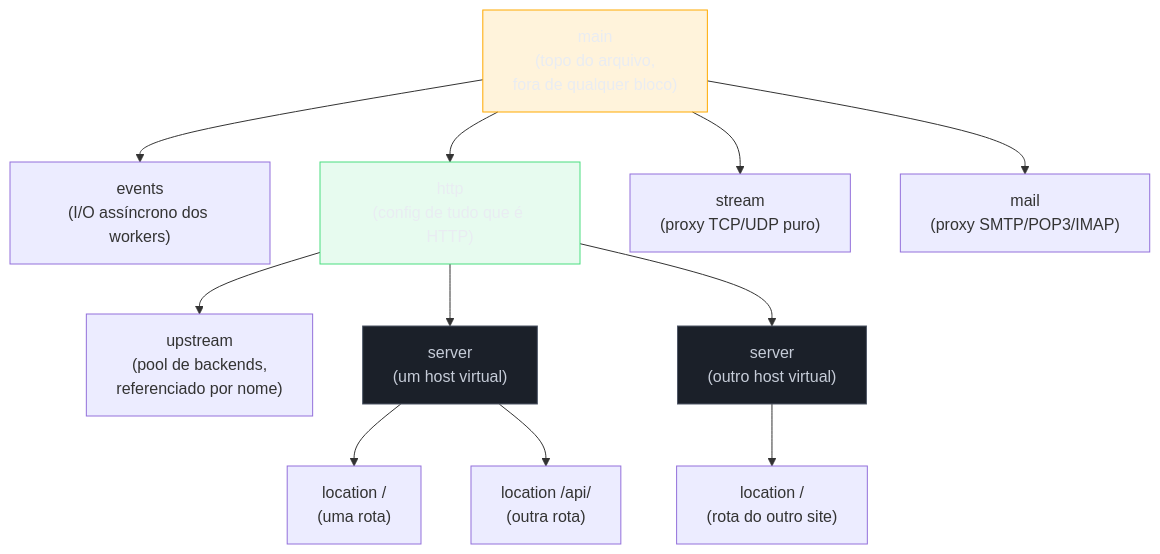
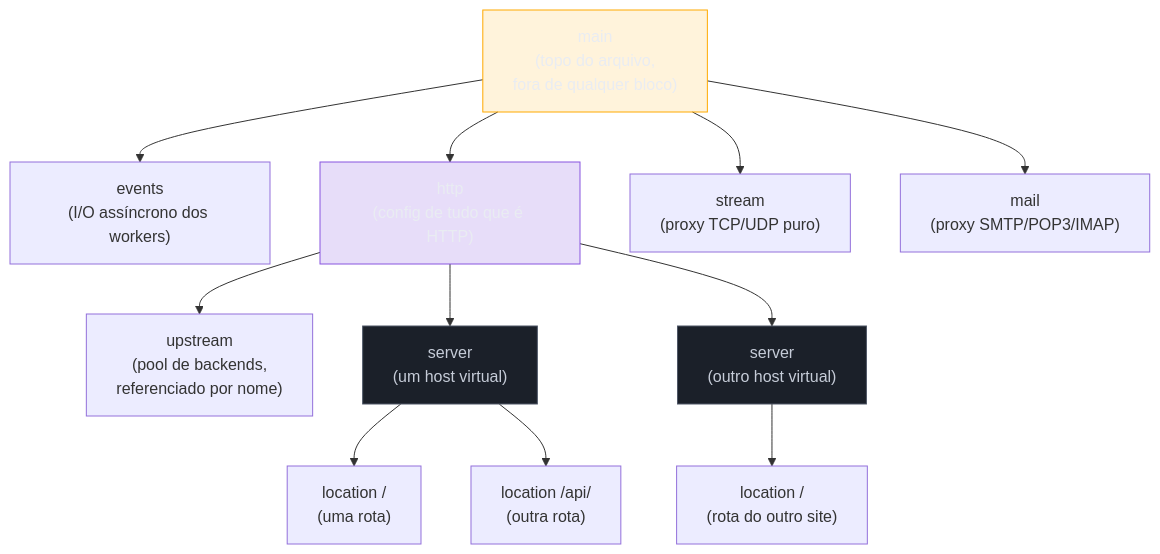
Before and after one commit to josenaldo/codex-technomanticus: the first of 2 diagrams in 03-Dominios/Tecnologia/Infraestrutura/Nginx/02 - A estrutura da configuração.md, drawn with Mermaid. The commit also changed other lines of this file and 601 other files, not shown here.

````diff
--- a/03-Dominios/Tecnologia/Infraestrutura/Nginx/02 - A estrutura da configuração.md
+++ b/03-Dominios/Tecnologia/Infraestrutura/Nginx/02 - A estrutura da configuração.md
@@ -30,24 +30,24 @@
 ```mermaid
 graph TB
+    classDef marca fill:#8855DF33,stroke:#8855DF,color:#E9ECF2
     classDef destaque fill:#FFAA0024,stroke:#FFAA00,color:#E9ECF2
-    classDef ok fill:#4ADE8021,stroke:#4ADE80,color:#E9ECF2
     classDef neutro fill:#1B2029,stroke:#4E5666,color:#C6CCD8
     Main["main<br/>(topo do arquivo,<br/>fora de qualquer bloco)"]
     Main --> Events["events<br/>(I/O assíncrono dos workers)"]
     Main --> Http["http<br/>(config de tudo que é HTTP)"]
     Main --> Stream["stream<br/>(proxy TCP/UDP puro)"]
     Main --> Mail["mail<br/>(proxy SMTP/POP3/IMAP)"]
 
     Http --> Upstream["upstream<br/>(pool de backends,<br/>referenciado por nome)"]
     Http --> Server1["server<br/>(um host virtual)"]
     Http --> Server2["server<br/>(outro host virtual)"]
 
     Server1 --> Loc1["location /<br/>(uma rota)"]
     Server1 --> Loc2["location /api/<br/>(outra rota)"]
     Server2 --> Loc3["location /<br/>(rota do outro site)"]
 
     class Main destaque
-    class Http ok
+    class Http marca
     class Server1 neutro
     class Server2 neutro
 ```
````
